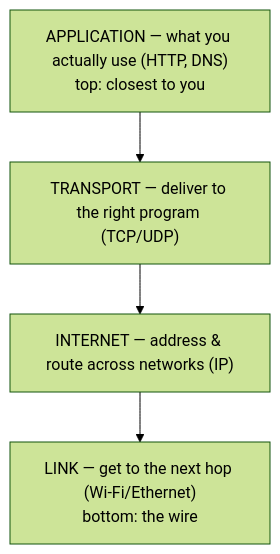
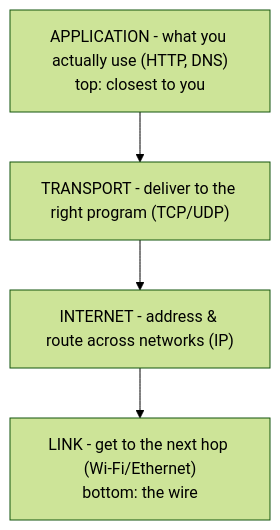
One commit to Topurrra/themissingmanual changed the first of 2 diagrams in guides/networking/tcp-ip-model/02-the-four-layers.md. Above: the diagram before and after it, drawn with Mermaid (forest theme). The commit also changed other lines of this file and 1072 other files, not shown here.

````diff
--- a/guides/networking/tcp-ip-model/02-the-four-layers.md
+++ b/guides/networking/tcp-ip-model/02-the-four-layers.md
@@ -16,8 +16,8 @@
 ```mermaid
 flowchart TD
-  app["APPLICATION — what you actually use (HTTP, DNS)<br/>top: closest to you"]
-  transport["TRANSPORT — deliver to the right program (TCP/UDP)"]
-  internet["INTERNET — address & route across networks (IP)"]
-  link["LINK — get to the next hop (Wi-Fi/Ethernet)<br/>bottom: the wire"]
+  app["APPLICATION - what you actually use (HTTP, DNS)<br/>top: closest to you"]
+  transport["TRANSPORT - deliver to the right program (TCP/UDP)"]
+  internet["INTERNET - address & route across networks (IP)"]
+  link["LINK - get to the next hop (Wi-Fi/Ethernet)<br/>bottom: the wire"]
   app --> transport --> internet --> link
 ```
````
